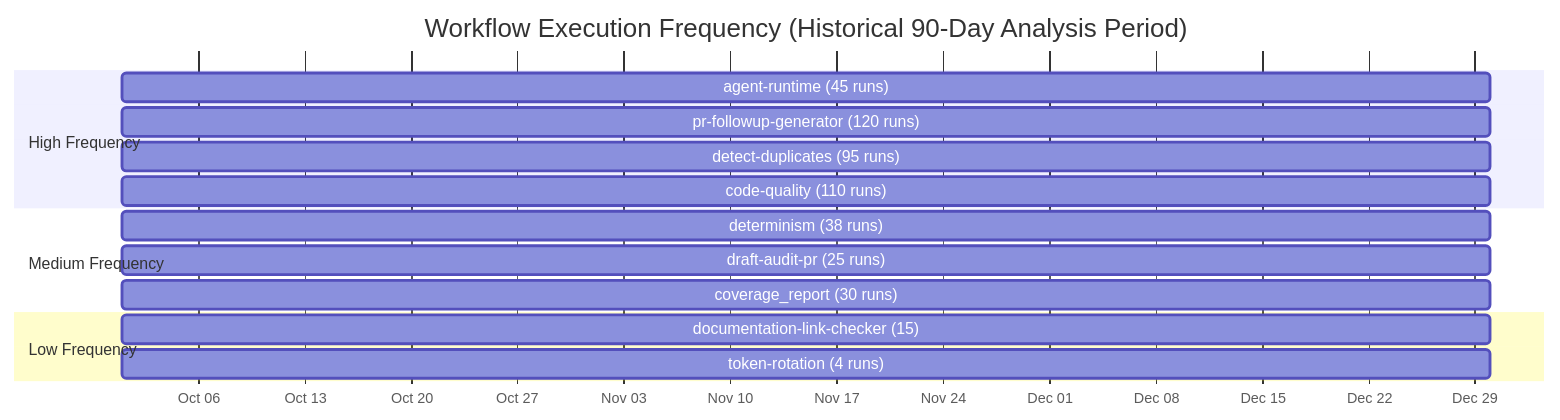
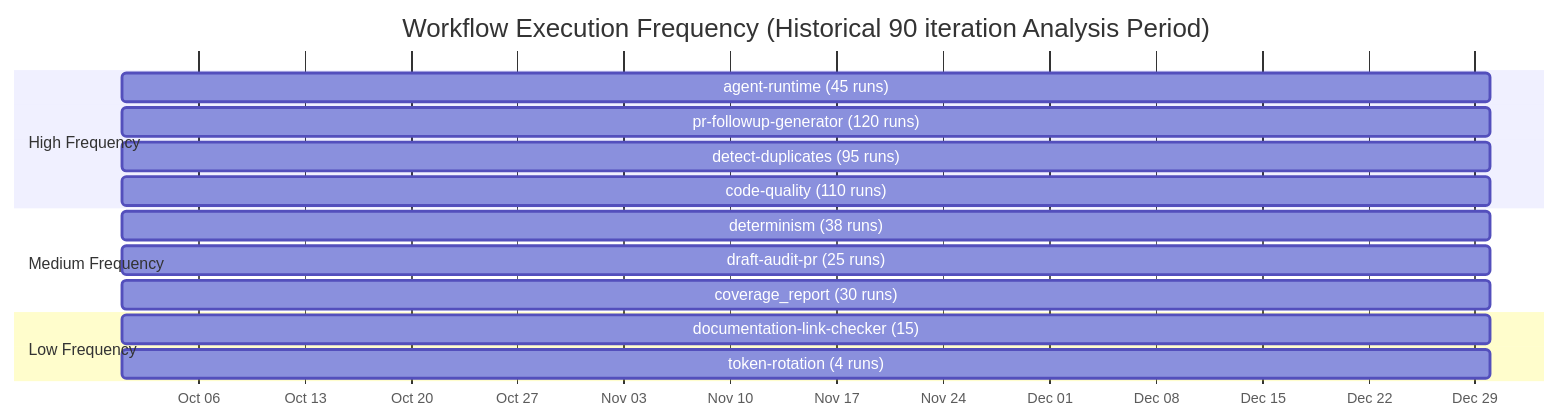
Before and after one commit to Aries-Serpent/_codex_: the sixth of 8 diagrams in .github/workflows/PHYSICS_BASED_WORKFLOW_PRIORITIZATION.md, drawn with Mermaid. The commit also changed other lines of this file and 659 other files, not shown here.

First line of the commit message:
Replace time-based terminology with iteration-based workflow terminology

````diff
--- a/.github/workflows/PHYSICS_BASED_WORKFLOW_PRIORITIZATION.md
+++ b/.github/workflows/PHYSICS_BASED_WORKFLOW_PRIORITIZATION.md
@@ -296,21 +296,21 @@
 ```mermaid
 gantt
-    title Workflow Execution Frequency (Historical 90-Day Analysis Period)
+    title Workflow Execution Frequency (Historical 90 iteration Analysis Period)
     dateFormat YYYY-MM-DD
     axisFormat %b %d
     
     section High Frequency
     agent-runtime (45 runs)           :a1, 2024-10-01, 90d
     pr-followup-generator (120 runs)  :a2, 2024-10-01, 90d
     detect-duplicates (95 runs)       :a3, 2024-10-01, 90d
     code-quality (110 runs)           :a4, 2024-10-01, 90d
     
     section Medium Frequency
     determinism (38 runs)             :b1, 2024-10-01, 90d
     draft-audit-pr (25 runs)          :b2, 2024-10-01, 90d
     coverage_report (30 runs)         :b3, 2024-10-01, 90d
     
     section Low Frequency
     documentation-link-checker (15)   :c1, 2024-10-01, 90d
     token-rotation (4 runs)           :c2, 2024-10-01, 90d
 ```
````
